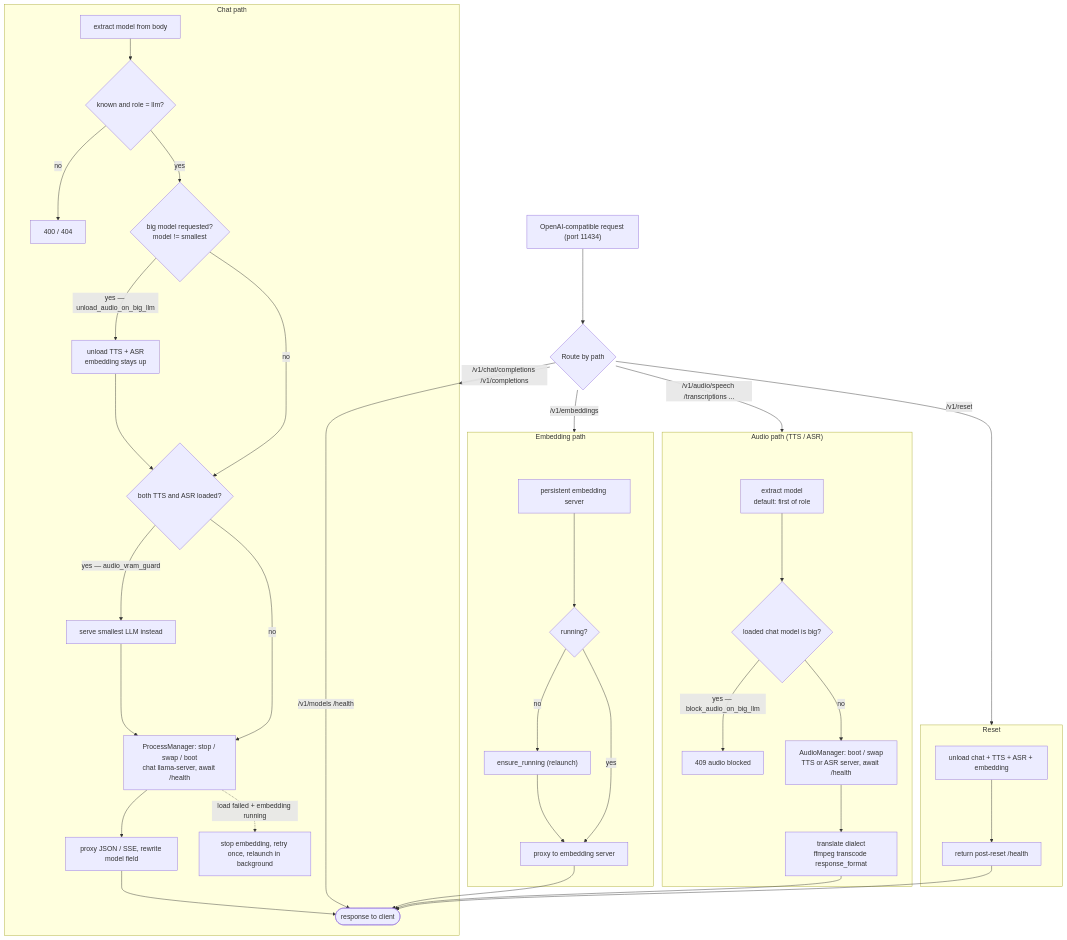
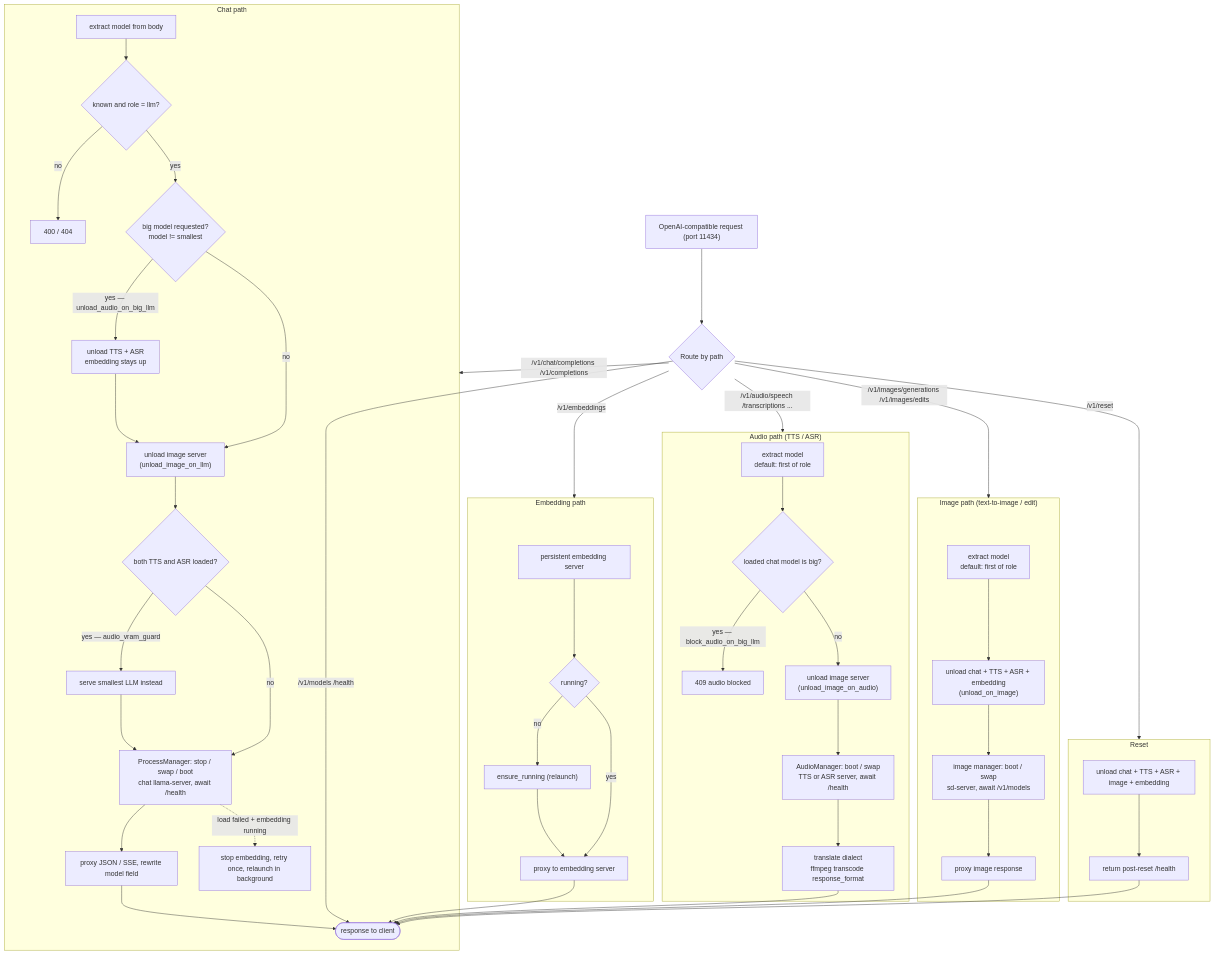
Before and after one commit to AdelNazmy/llamaswap: the second of 2 diagrams in README.md, drawn with Mermaid. The commit also changed other lines of this file and 11 other files, not shown here.

````diff
--- a/README.md
+++ b/README.md
@@ -164,48 +266,58 @@
 ```mermaid
 flowchart TD
     IN["OpenAI-compatible request (port 11434)"] --> R{Route by path}
 
     R -->|"/v1/chat/completions /v1/completions"| CH
     R -->|"/v1/embeddings"| EM
     R -->|"/v1/audio/speech /transcriptions ..."| AU
+    R -->|"/v1/images/generations /v1/images/edits"| IM
     R -->|"/v1/reset"| RS
     R -->|"/v1/models /health"| OUT
 
     subgraph CH["Chat path"]
         CH1["extract model from body"] --> CH2{"known and role = llm?"}
         CH2 -->|"no"| CH2x["400 / 404"]
         CH2 -->|"yes"| CH3{"big model requested?<br/>model != smallest"}
         CH3 -->|"yes — unload_audio_on_big_llm"| CH4["unload TTS + ASR<br/>embedding stays up"]
-        CH3 -->|"no"| CH5{"both TTS and ASR loaded?"}
-        CH4 --> CH5
+        CH3 -->|"no"| CH4b["unload image server<br/>(unload_image_on_llm)"]
+        CH4 --> CH4b
+        CH4b --> CH5{"both TTS and ASR loaded?"}
         CH5 -->|"yes — audio_vram_guard"| CH6["serve smallest LLM instead"]
         CH5 -->|"no"| CH7
         CH6 --> CH7
         CH7["ProcessManager: stop / swap / boot<br/>chat llama-server, await /health"] --> CH8["proxy JSON / SSE, rewrite model field"]
         CH8 --> OUT
         CH7 -.->|"load failed + embedding running"| CH9["stop embedding, retry once, relaunch in background"]
     end
 
     subgraph AU["Audio path (TTS / ASR)"]
         AU1["extract model<br/>default: first of role"] --> AU2{"loaded chat model is big?"}
         AU2 -->|"yes — block_audio_on_big_llm"| AU3["409 audio blocked"]
-        AU2 -->|"no"| AU4["AudioManager: boot / swap<br/>TTS or ASR server, await /health"]
-        AU4 --> AU5["translate dialect<br/>ffmpeg transcode response_format"]
-        AU5 --> OUT
+        AU2 -->|"no"| AU4["unload image server<br/>(unload_image_on_audio)"]
+        AU4 --> AU5["AudioManager: boot / swap<br/>TTS or ASR server, await /health"]
+        AU5 --> AU6["translate dialect<br/>ffmpeg transcode response_format"]
+        AU6 --> OUT
+    end
+
+    subgraph IM["Image path (text-to-image / edit)"]
+        IM1["extract model<br/>default: first of role"] --> IM2["unload chat + TTS + ASR + embedding<br/>(unload_on_image)"]
+        IM2 --> IM3["image manager: boot / swap<br/>sd-server, await /v1/models"]
+        IM3 --> IM4["proxy image response"]
+        IM4 --> OUT
     end
 
     subgraph EM["Embedding path"]
         EM1["persistent embedding server"] --> EM2{"running?"}
         EM2 -->|"no"| EM3["ensure_running (relaunch)"]
         EM3 --> EM4["proxy to embedding server"]
         EM2 -->|"yes"| EM4
         EM4 --> OUT
     end
 
     subgraph RS["Reset"]
-        RS1["unload chat + TTS + ASR + embedding"] --> RS2["return post-reset /health"]
+        RS1["unload chat + TTS + ASR + image + embedding"] --> RS2["return post-reset /health"]
         RS2 --> OUT
     end
 
     OUT(["response to client"])
 ```
````
